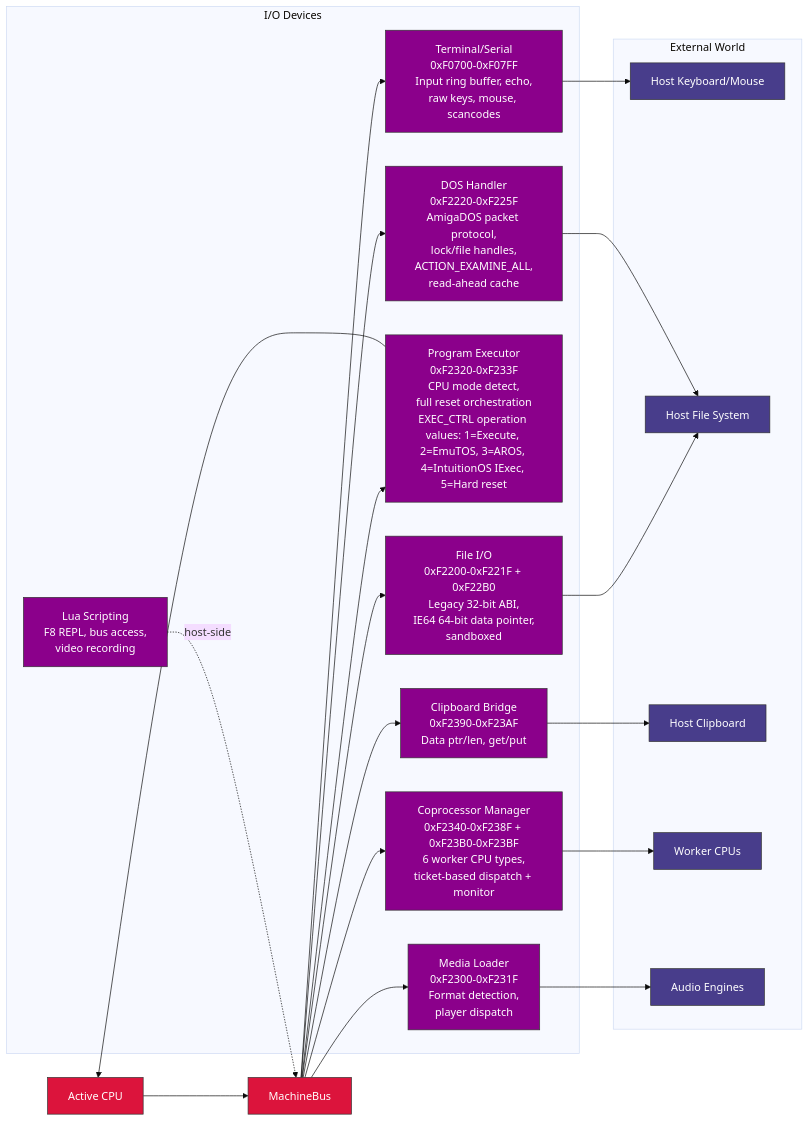
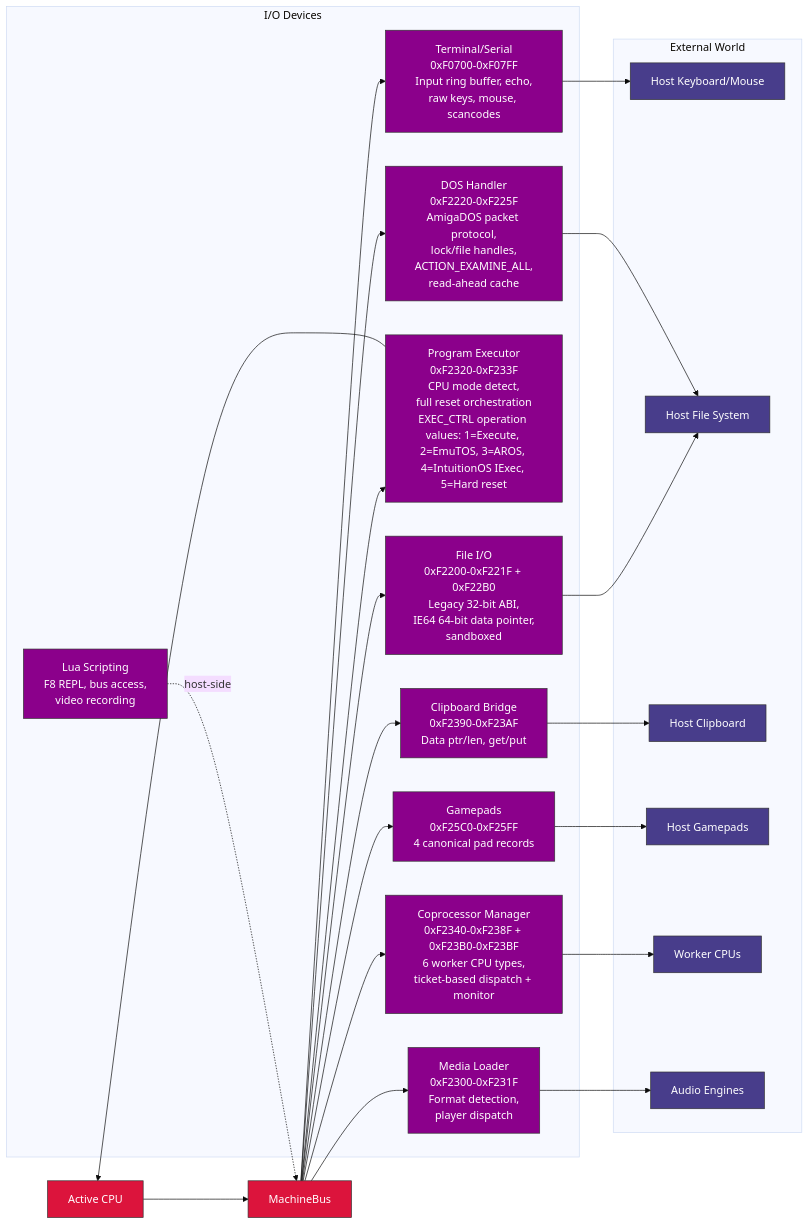
Before and after one commit to IntuitionAmiga/IntuitionEngine: the ninth of 12 diagrams in sdk/docs/architecture.md, drawn with Mermaid (base theme). The commit also changed other lines of this file and 129 other files, not shown here.

````diff
--- a/sdk/docs/architecture.md
+++ b/sdk/docs/architecture.md
@@ -1577,49 +1577,53 @@
 ```mermaid
 graph LR
     CPU["Active CPU"]
     BUS["MachineBus"]
     CPU --> BUS
 
     subgraph DEVS["I/O Devices"]
         TERM["Terminal/Serial<br/>0xF0700-0xF07FF<br/>Input ring buffer, echo,<br/>raw keys, mouse, scancodes"]
         FIO["File I/O<br/>0xF2200-0xF221F + 0xF22B0<br/>Legacy 32-bit ABI,<br/>IE64 64-bit data pointer,<br/>sandboxed"]
         PEXEC["Program Executor<br/>0xF2320-0xF233F<br/>CPU mode detect,<br/>full reset orchestration<br/>EXEC_CTRL operation values: 1=Execute, 2=EmuTOS, 3=AROS, 4=IntuitionOS IExec, 5=Hard reset"]
         COPRO["Coprocessor Manager<br/>0xF2340-0xF238F + 0xF23B0-0xF23BF<br/>6 worker CPU types,<br/>ticket-based dispatch + monitor"]
         CLIP["Clipboard Bridge<br/>0xF2390-0xF23AF<br/>Data ptr/len, get/put"]
         DOS["DOS Handler<br/>0xF2220-0xF225F<br/>AmigaDOS packet protocol,<br/>lock/file handles,<br/>ACTION_EXAMINE_ALL,<br/>read-ahead cache"]
         MEDIA["Media Loader<br/>0xF2300-0xF231F<br/>Format detection,<br/>player dispatch"]
+        PAD["Gamepads<br/>0xF25C0-0xF25FF<br/>4 canonical pad records"]
         LUA["Lua Scripting<br/>F8 REPL, bus access,<br/>video recording"]
     end
 
     BUS --> TERM
     BUS --> FIO
     BUS --> PEXEC
     BUS --> COPRO
     BUS --> CLIP
     BUS --> DOS
     BUS --> MEDIA
+    BUS --> PAD
     LUA -.->|"host-side"| BUS
 
     subgraph EXT["External World"]
         HOST_KB["Host Keyboard/Mouse"]
         HOST_FS["Host File System"]
         HOST_CB["Host Clipboard"]
+        HOST_PAD["Host Gamepads"]
         CPUSUB["Worker CPUs"]
         AUDIO_E["Audio Engines"]
     end
 
     TERM --> HOST_KB
     FIO --> HOST_FS
     DOS --> HOST_FS
     CLIP --> HOST_CB
+    PAD --> HOST_PAD
     PEXEC --> CPU
     COPRO --> CPUSUB
     MEDIA --> AUDIO_E
 
     classDef periph fill:#8B008B,stroke:#333,color:#fff
     classDef ext fill:#483D8B,stroke:#333,color:#fff
     classDef bus fill:#DC143C,stroke:#333,color:#fff
-    class TERM,FIO,PEXEC,COPRO,CLIP,DOS,MEDIA,LUA periph
-    class HOST_KB,HOST_FS,HOST_CB,CPUSUB,AUDIO_E ext
+    class TERM,FIO,PEXEC,COPRO,CLIP,DOS,MEDIA,PAD,LUA periph
+    class HOST_KB,HOST_FS,HOST_CB,HOST_PAD,CPUSUB,AUDIO_E ext
     class CPU,BUS bus
 ```
````
